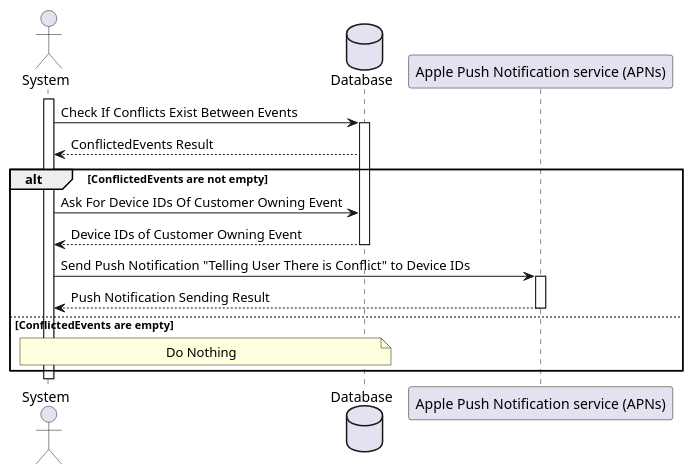
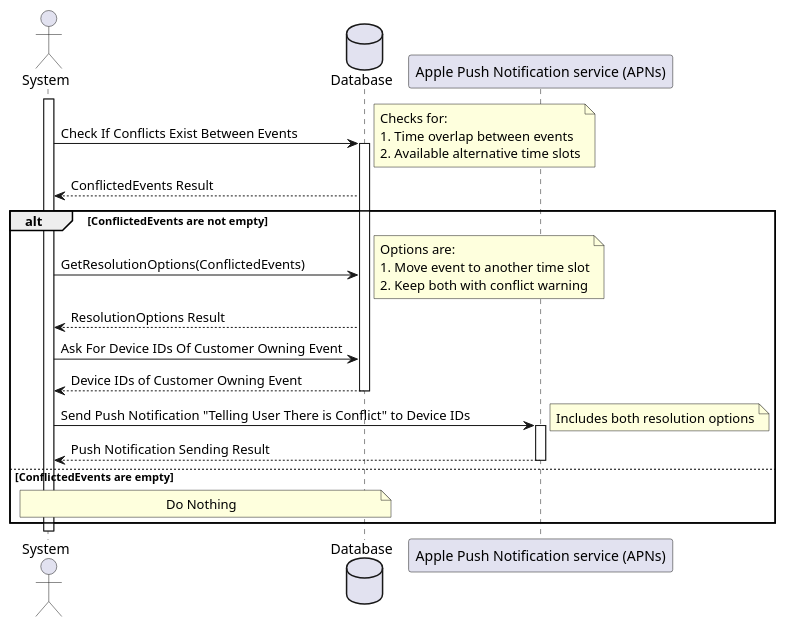
The ninth of 14 diagrams in docs/diagrams/sequence-diagrams/all-sequence-diagrams.puml (jadwalapp/symmetrical-spoon), drawn with PlantUML before and after one commit. The commit also changed 4 other files, not shown here.

Commit message:
add descriptiona dn enahnce sequence of conflciting

```diff
--- a/docs/diagrams/sequence-diagrams/all-sequence-diagrams.puml
+++ b/docs/diagrams/sequence-diagrams/all-sequence-diagrams.puml
@@ -233,19 +233,36 @@
 @startuml Suggest Conflict Resolutions
 actor System
 database Database
 participant "Apple Push Notification service (APNs)" as APN
 
 activate System
 
 System -> Database ++ : Check If Conflicts Exist Between Events
+note right
+  Checks for:
+  1. Time overlap between events
+  2. Available alternative time slots
+end note
 Database --> System : ConflictedEvents Result
+
 alt ConflictedEvents are not empty
+    System -> Database : GetResolutionOptions(ConflictedEvents)
+    note right
+      Options are:
+      1. Move event to another time slot
+      2. Keep both with conflict warning
+    end note
+    Database --> System : ResolutionOptions Result
+
     System -> Database : Ask For Device IDs Of Customer Owning Event
     Database --> System -- : Device IDs of Customer Owning Event
+
     System -> APN ++ : Send Push Notification "Telling User There is Conflict" to Device IDs
+    note right: Includes both resolution options
     APN --> System -- : Push Notification Sending Result
+
 else ConflictedEvents are empty
     note over System, Database : Do Nothing
 end
 
 @enduml
```
